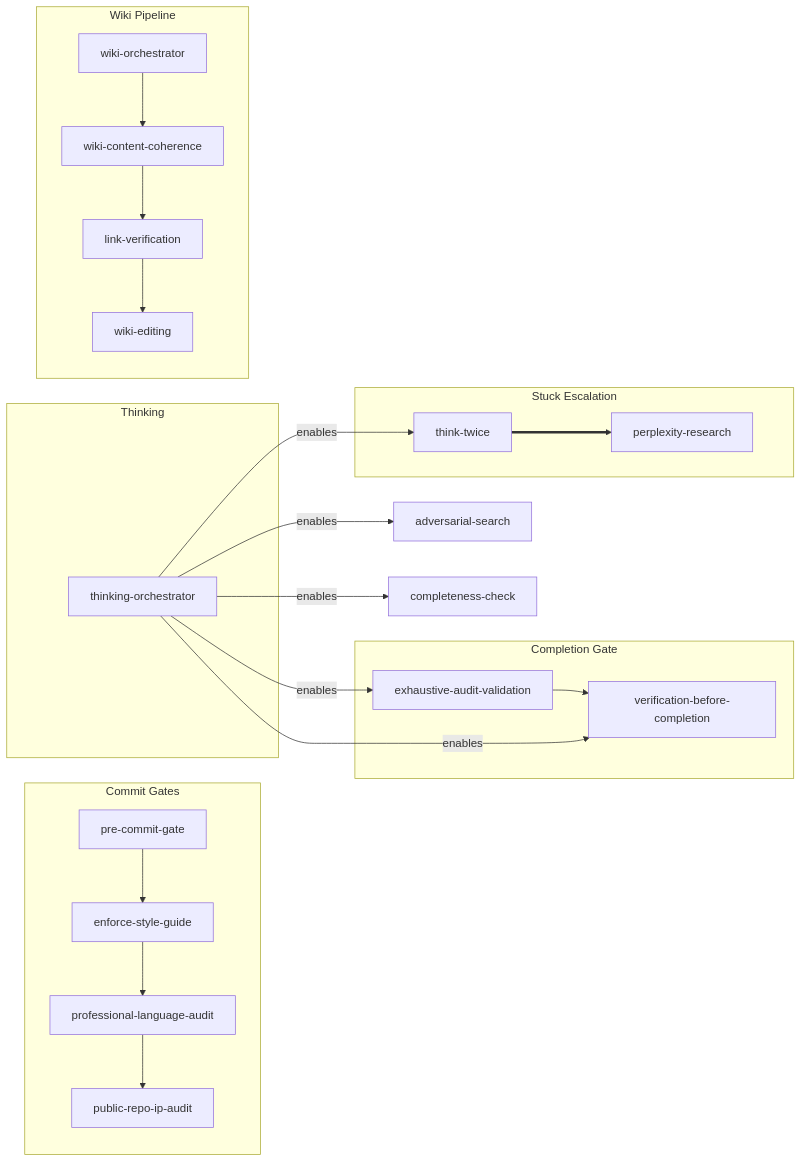
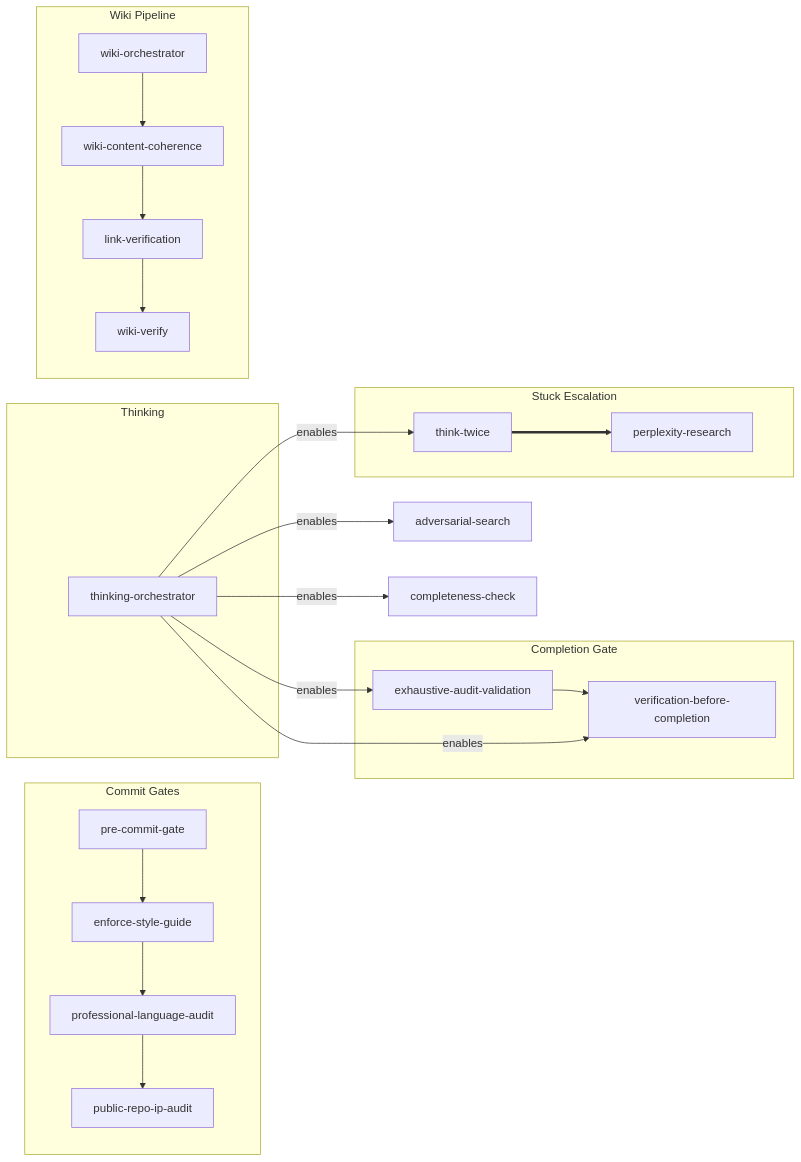
One commit to bordenet/superpowers-plus changed the diagram in README.md. Above: the diagram before and after it, drawn with Mermaid. The commit also changed other lines of this file, not shown here.

Commit message:
fix: README stale refs (wiki-authoring/wiki-editing removed, plan-quality-gates added, 48→46, mermaid graph, slop)

````diff
--- a/README.md
+++ b/README.md
@@ -185,32 +184,32 @@
 ```mermaid
 graph LR
   subgraph commit-gates["Commit Gates"]
     pre_commit_gate["pre-commit-gate"] --> enforce_style_guide["enforce-style-guide"]
     enforce_style_guide --> professional_language_audit["professional-language-audit"]
     professional_language_audit --> public_repo_ip_audit["public-repo-ip-audit"]
   end
 
   subgraph completion-gate["Completion Gate"]
     exhaustive_audit_validation["exhaustive-audit-validation"] --> verification_before_completion["verification-before-completion"]
   end
 
   subgraph thinking["Thinking"]
     thinking_orchestrator["thinking-orchestrator"]
   end
 
   subgraph wiki-pipeline["Wiki Pipeline"]
     wiki_orchestrator["wiki-orchestrator"] --> wiki_content_coherence["wiki-content-coherence"]
     wiki_content_coherence --> link_verification["link-verification"]
-    link_verification --> wiki_editing["wiki-editing"]
+    link_verification --> wiki_verify["wiki-verify"]
   end
 
   subgraph stuck-escalation["Stuck Escalation"]
     think_twice["think-twice"] ==> perplexity_research["perplexity-research"]
   end
 
   thinking_orchestrator -->|enables| adversarial_search["adversarial-search"]
   thinking_orchestrator -->|enables| think_twice
   thinking_orchestrator -->|enables| verification_before_completion
   thinking_orchestrator -->|enables| exhaustive_audit_validation
   thinking_orchestrator -->|enables| completeness_check["completeness-check"]
 ```
````
